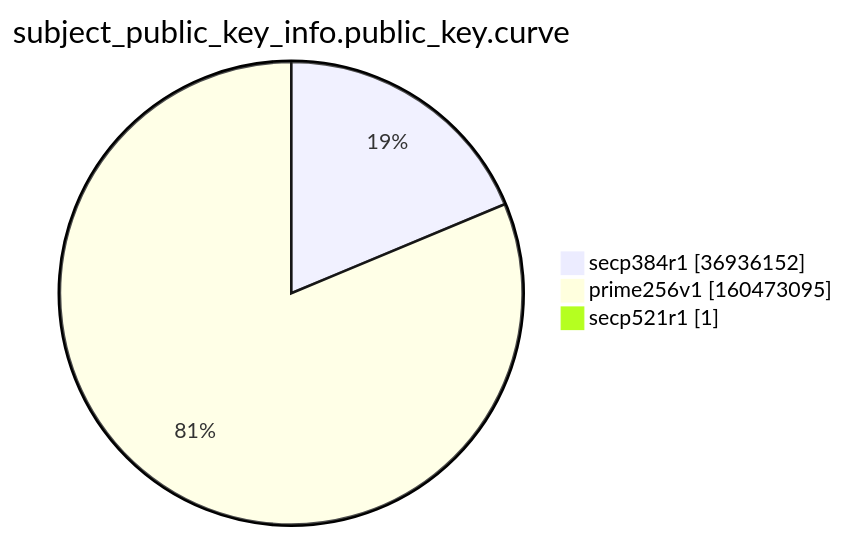
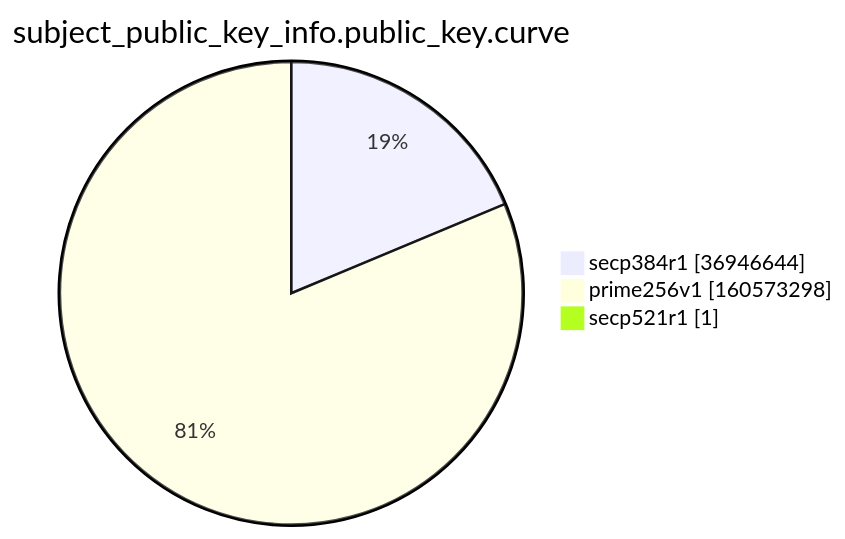
Before and after one commit to christiankrug/ctmonitor_visualization: the ninth of 15 diagrams in argon2022/README.md, drawn with Mermaid. The commit also changed other lines of this file, not shown here.

````diff
--- a/argon2022/README.md
+++ b/argon2022/README.md
@@ -2766,7 +2766,7 @@
 ```mermaid
 pie showData
 title subject_public_key_info.public_key.curve
-"secp384r1" :36936152
-"prime256v1" :160473095
+"secp384r1" :36946644
+"prime256v1" :160573298
 "secp521r1" :1
 ```
````
